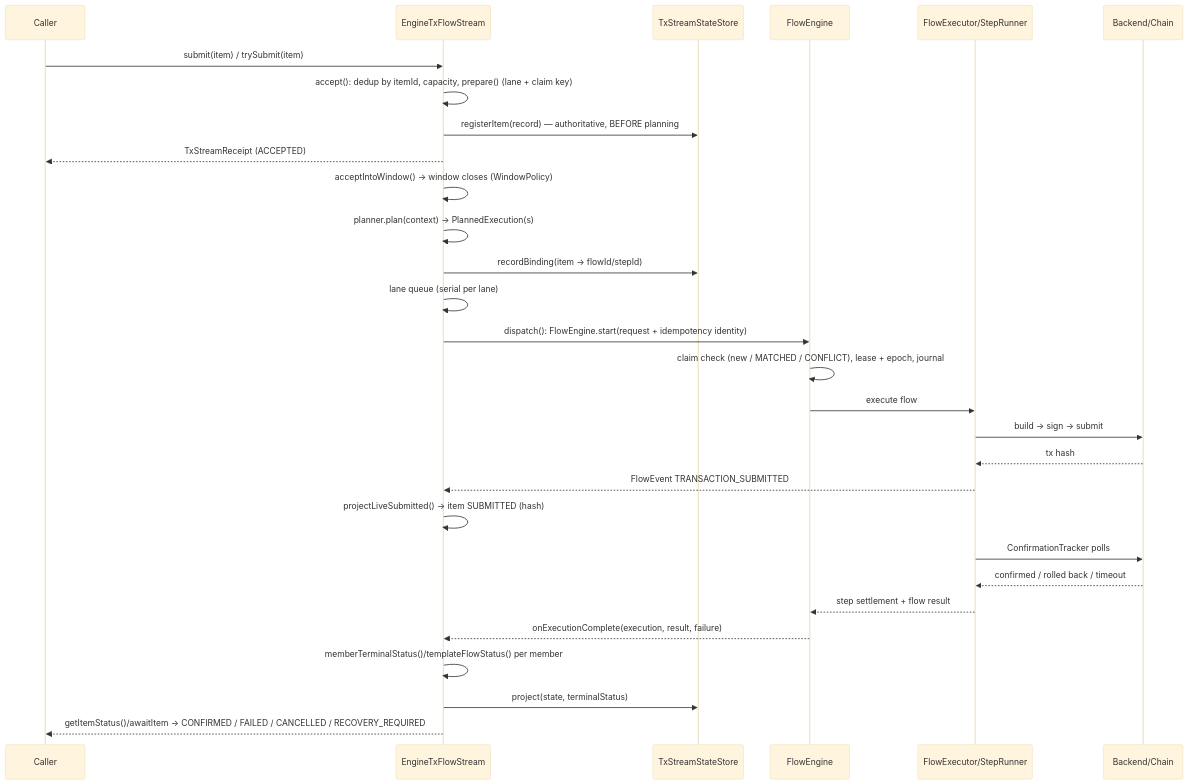
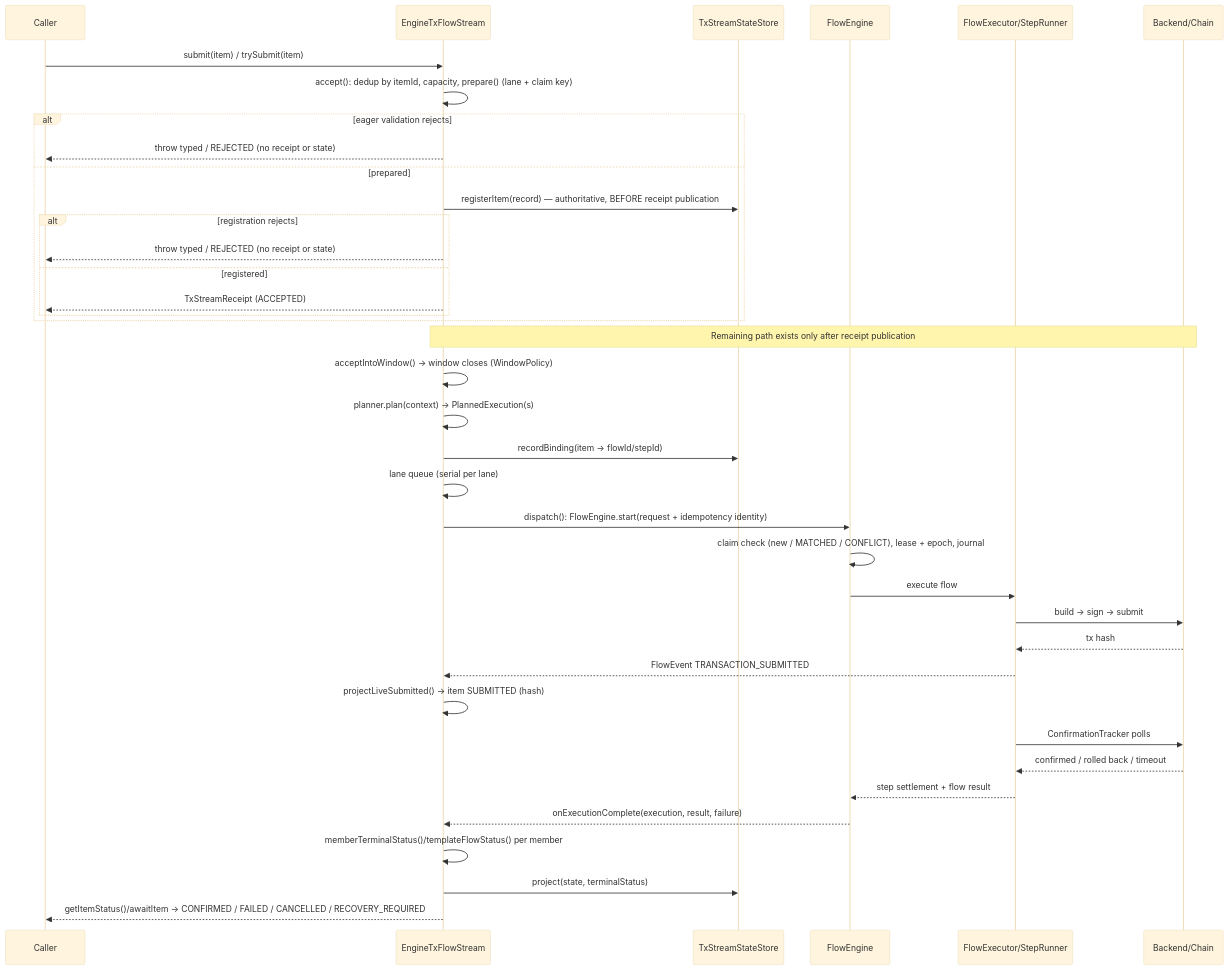
Before and after one commit to bloxbean/cardano-client-lib: the diagram in txflow/docs/TXSTREAM_INTERNALS.md, drawn with Mermaid (base theme). The commit also changed other lines of this file and 6 other files, not shown here.

````diff
--- a/txflow/docs/TXSTREAM_INTERNALS.md
+++ b/txflow/docs/TXSTREAM_INTERNALS.md
@@ -120,32 +121,41 @@
 ```mermaid
 sequenceDiagram
     participant C as Caller
     participant S as EngineTxFlowStream
     participant St as TxStreamStateStore
     participant E as FlowEngine
     participant X as FlowExecutor/StepRunner
     participant Chain as Backend/Chain
 
     C->>S: submit(item) / trySubmit(item)
     S->>S: accept(): dedup by itemId, capacity, prepare() (lane + claim key)
-    S->>St: registerItem(record)  — authoritative, BEFORE planning
-    S-->>C: TxStreamReceipt (ACCEPTED)
+    alt eager validation rejects
+        S-->>C: throw typed / REJECTED (no receipt or state)
+    else prepared
+        S->>St: registerItem(record) — authoritative, BEFORE receipt publication
+        alt registration rejects
+            S-->>C: throw typed / REJECTED (no receipt or state)
+        else registered
+            S-->>C: TxStreamReceipt (ACCEPTED)
+        end
+    end
+    Note over S,Chain: Remaining path exists only after receipt publication
     S->>S: acceptIntoWindow() → window closes (WindowPolicy)
     S->>S: planner.plan(context) → PlannedExecution(s)
     S->>St: recordBinding(item → flowId/stepId)
     S->>S: lane queue (serial per lane)
     S->>E: dispatch(): FlowEngine.start(request + idempotency identity)
     E->>E: claim check (new / MATCHED / CONFLICT), lease + epoch, journal
     E->>X: execute flow
     X->>Chain: build → sign → submit
     Chain-->>X: tx hash
     X-->>S: FlowEvent TRANSACTION_SUBMITTED
     S->>S: projectLiveSubmitted() → item SUBMITTED (hash)
     X->>Chain: ConfirmationTracker polls
     Chain-->>X: confirmed / rolled back / timeout
     X-->>E: step settlement + flow result
     E-->>S: onExecutionComplete(execution, result, failure)
     S->>S: memberTerminalStatus()/templateFlowStatus() per member
     S->>St: project(state, terminalStatus)
     S-->>C: getItemStatus()/awaitItem → CONFIRMED / FAILED / CANCELLED / RECOVERY_REQUIRED
 ```
````
